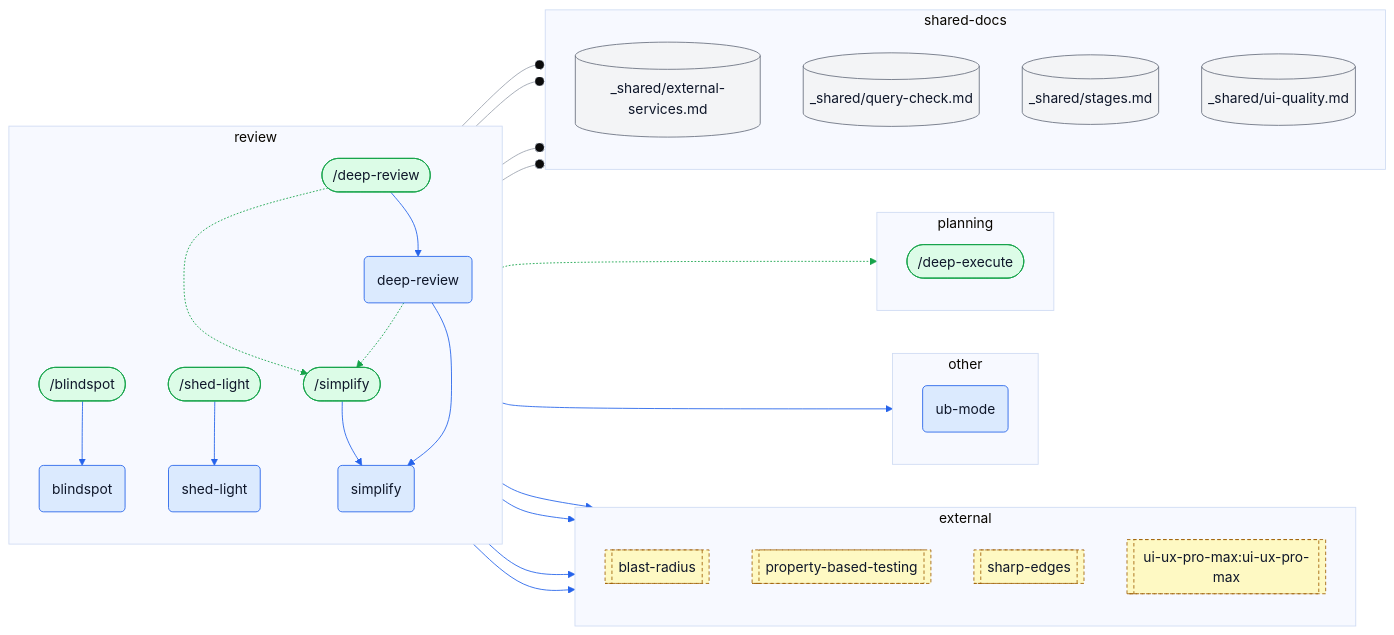
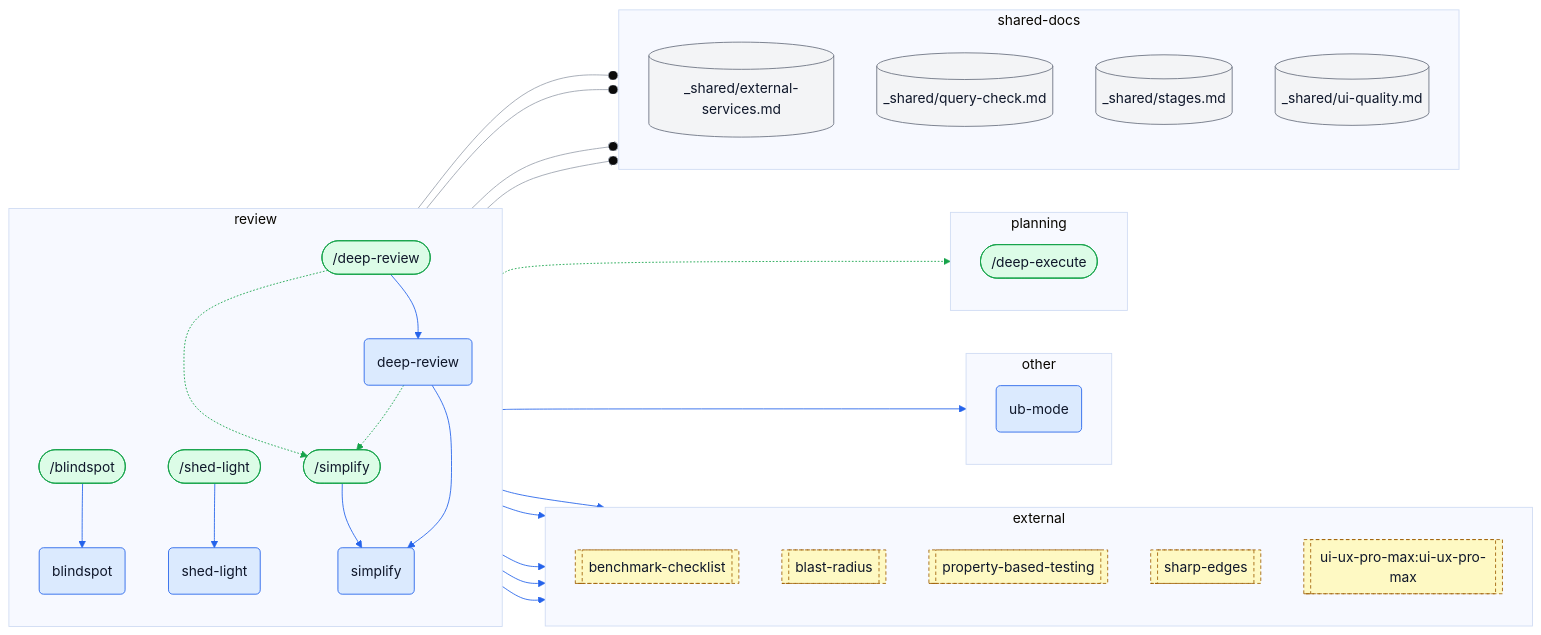
The seventh of 10 diagrams in docs/skills-map.md (ybarsotti/dotfiles), drawn with Mermaid (base theme) before and after one commit. The commit also changed other lines of this file and 7 other files, not shown here.

````diff
--- a/docs/skills-map.md
+++ b/docs/skills-map.md
@@ -794,76 +794,79 @@
 ```mermaid
 flowchart LR
   subgraph cl_external["external"]
     direction TB
+    x_benchmark_checklist[["benchmark-checklist"]]:::external
     x_blast_radius[["blast-radius"]]:::external
     x_property_based_testing[["property-based-testing"]]:::external
     x_sharp_edges[["sharp-edges"]]:::external
     x_ui_ux_pro_max_ui_ux_pro_max[["ui-ux-pro-max:ui-ux-pro-max"]]:::external
   end
   subgraph cl_other["other"]
     direction TB
     s_ub_mode("ub-mode"):::skill
   end
   subgraph cl_planning["planning"]
     direction TB
     c_deep_execute(["/deep-execute"]):::command
   end
   subgraph cl_review["review"]
     direction TB
     c_blindspot(["/blindspot"]):::command
     c_deep_review(["/deep-review"]):::command
     c_shed_light(["/shed-light"]):::command
     c_simplify(["/simplify"]):::command
     s_blindspot("blindspot"):::skill
     s_deep_review("deep-review"):::skill
     s_shed_light("shed-light"):::skill
     s_simplify("simplify"):::skill
   end
   subgraph cl_shared_docs["shared-docs"]
     direction TB
     d_external_services[("_shared/external-services.md")]:::shared
     d_query_check[("_shared/query-check.md")]:::shared
     d_stages[("_shared/stages.md")]:::shared
     d_ui_quality[("_shared/ui-quality.md")]:::shared
   end
   c_blindspot --> s_blindspot
   c_deep_review -.-> c_simplify
   c_deep_review --> s_deep_review
   c_shed_light --> s_shed_light
   c_simplify --> s_simplify
   s_blindspot --> x_blast_radius
   s_deep_review -.-> c_deep_execute
   s_deep_review -.-> c_simplify
   s_deep_review --o d_external_services
   s_deep_review --o d_query_check
   s_deep_review --o d_stages
   s_deep_review --o d_ui_quality
   s_deep_review --> s_simplify
   s_deep_review --> s_ub_mode
+  s_deep_review --> x_benchmark_checklist
   s_deep_review --> x_property_based_testing
   s_deep_review --> x_sharp_edges
   s_deep_review --> x_ui_ux_pro_max_ui_ux_pro_max
   linkStyle 0 stroke:#2563eb
   linkStyle 1 stroke:#16a34a
   linkStyle 2 stroke:#2563eb
   linkStyle 3 stroke:#2563eb
   linkStyle 4 stroke:#2563eb
   linkStyle 5 stroke:#2563eb
   linkStyle 6 stroke:#16a34a
   linkStyle 7 stroke:#16a34a
   linkStyle 8 stroke:#9ca3af
   linkStyle 9 stroke:#9ca3af
   linkStyle 10 stroke:#9ca3af
   linkStyle 11 stroke:#9ca3af
   linkStyle 12 stroke:#2563eb
   linkStyle 13 stroke:#2563eb
   linkStyle 14 stroke:#2563eb
   linkStyle 15 stroke:#2563eb
   linkStyle 16 stroke:#2563eb
+  linkStyle 17 stroke:#2563eb
   classDef skill fill:#dbeafe,stroke:#2563eb,color:#0f172a
   classDef command fill:#dcfce7,stroke:#16a34a,color:#0f172a
   classDef agent fill:#fce7f3,stroke:#db2777,color:#0f172a
   classDef shared fill:#f3f4f6,stroke:#6b7280,color:#0f172a
   classDef external fill:#fef9c3,stroke:#a16207,color:#0f172a,stroke-dasharray:4 3
   classDef step fill:#ffffff,stroke:#6b7280,color:#0f172a,stroke-dasharray:2 2
 ```
````
